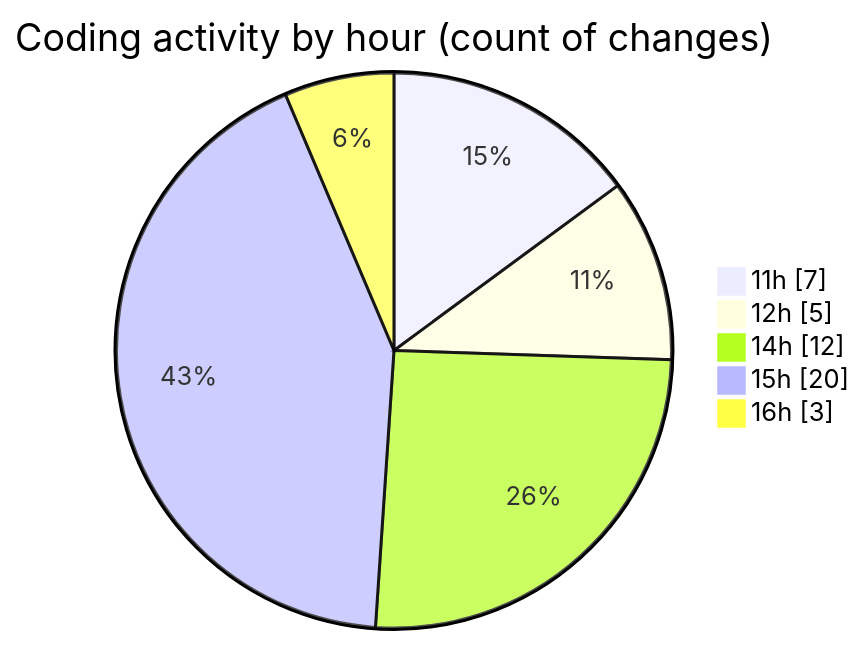
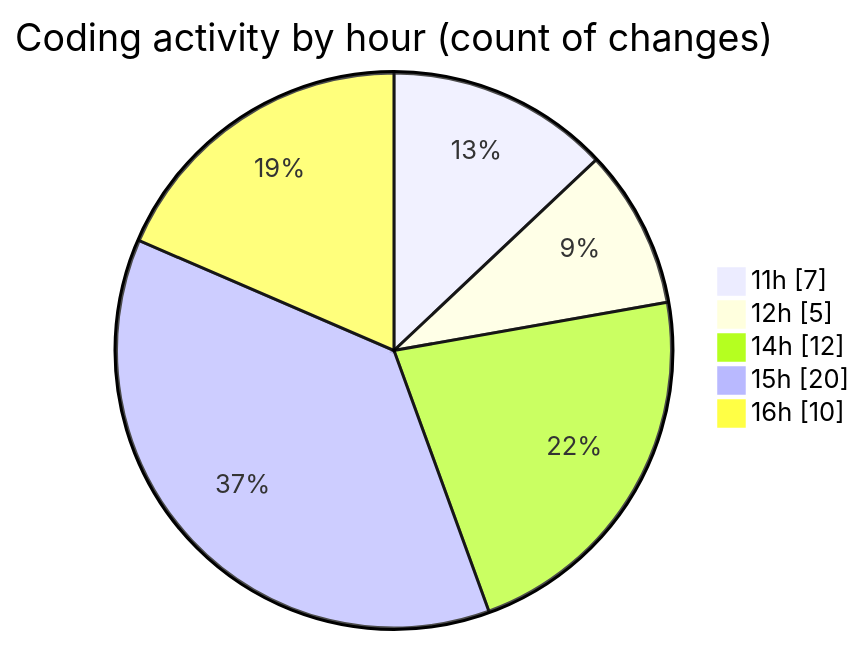
One commit to debugP/code-tracking changed the second of 2 diagrams in 2025-10-22/untitled__workspace_/README.md. Above: the diagram before and after it, drawn with Mermaid. The commit also changed other lines of this file and 1 other file, not shown here.

````diff
--- a/2025-10-22/untitled__workspace_/README.md
+++ b/2025-10-22/untitled__workspace_/README.md
@@ -31,9 +31,9 @@
 ```mermaid
 pie showData
 title Coding activity by hour (count of changes)
 "11h" : 7
 "12h" : 5
 "14h" : 12
 "15h" : 20
-"16h" : 3
+"16h" : 10
 ```
````
